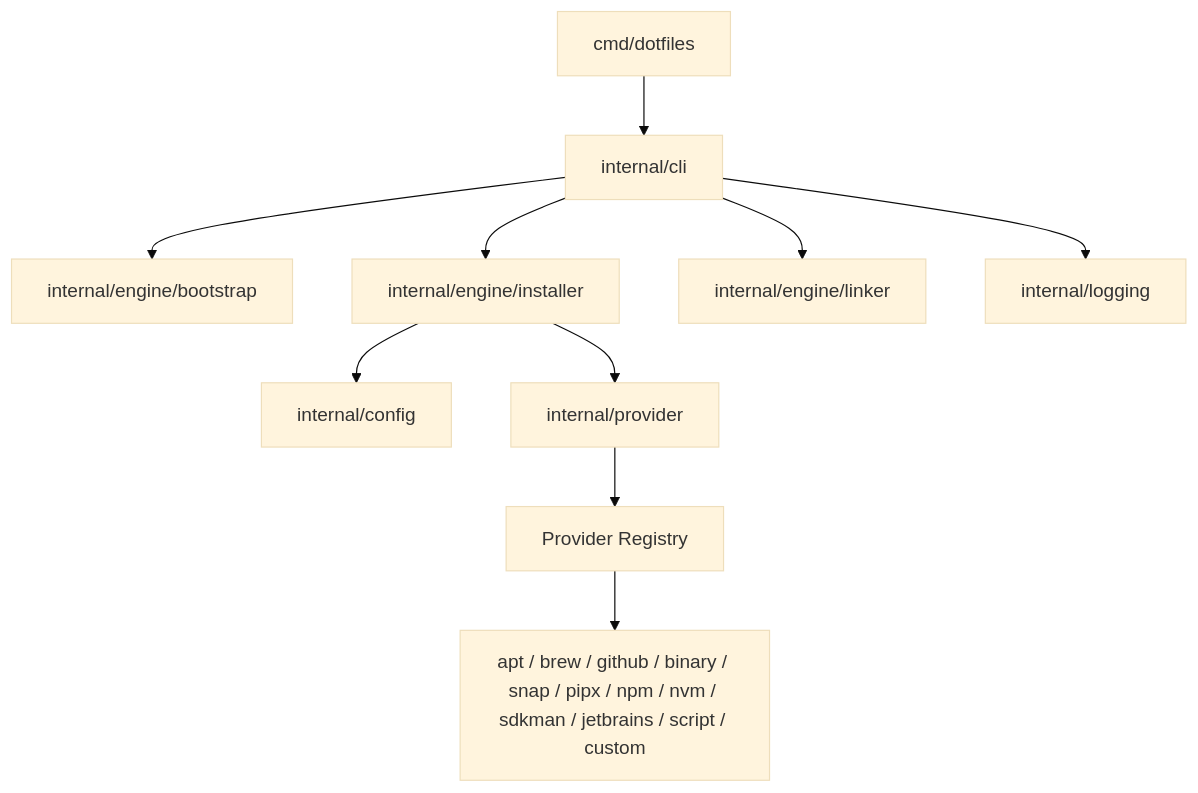
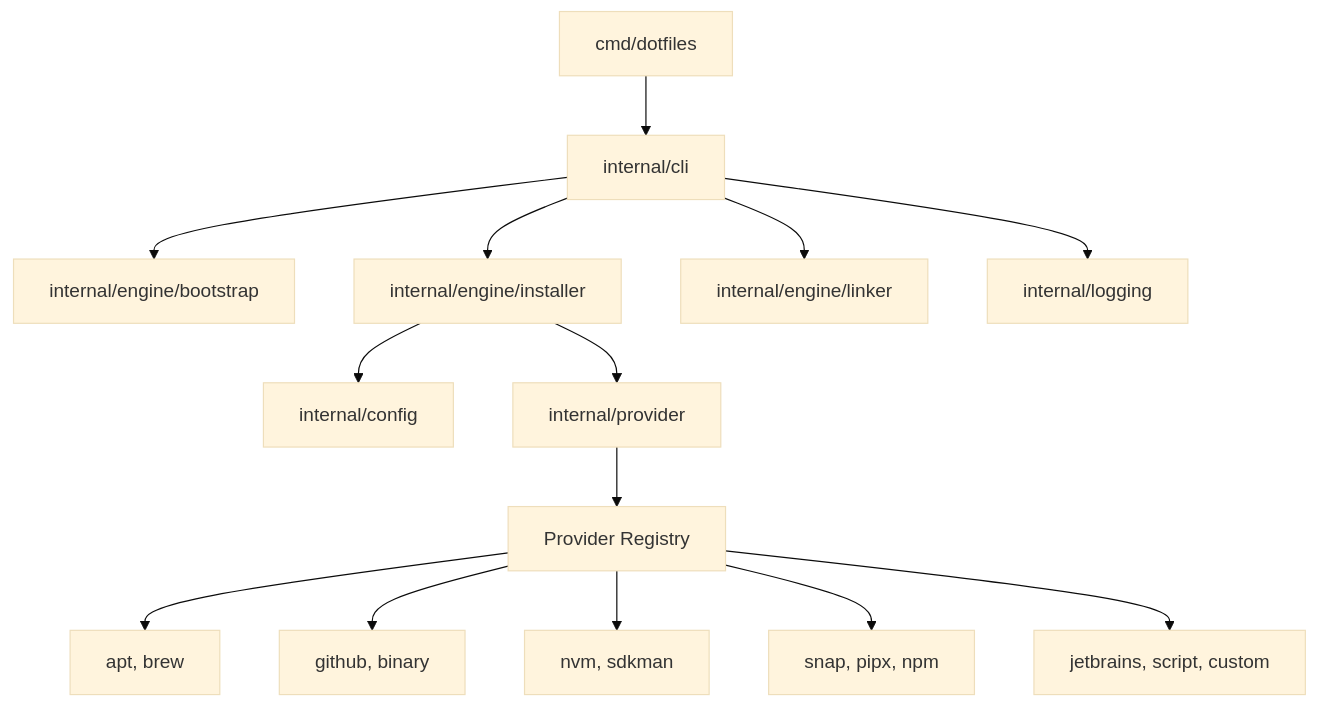
One commit to yveskaufmann/dotfiles-cli changed the first of 2 diagrams in architecture.md. Above: the diagram before and after it, drawn with Mermaid (base theme). The commit also changed other lines of this file and 11 other files, not shown here.

First line of the commit message:
docs: improve architecture, add config examples, restructure docs

````diff
--- a/architecture.md
+++ b/architecture.md
@@ -23,12 +23,16 @@
 ```mermaid
 graph TD
     A[cmd/dotfiles] --> B[internal/cli]
     B --> C[internal/engine/bootstrap]
     B --> D[internal/engine/installer]
     B --> E[internal/engine/linker]
     D --> F[internal/config]
     D --> G[internal/provider]
     G --> H[Provider Registry]
-    H --> I[apt / brew / github / binary / snap / pipx / npm / nvm / sdkman / jetbrains / script / custom]
+    H --> I1[apt, brew]
+    H --> I2[github, binary]
+    H --> I3[nvm, sdkman]
+    H --> I4[snap, pipx, npm]
+    H --> I5[jetbrains, script, custom]
     B --> J[internal/logging]
 ```
````
